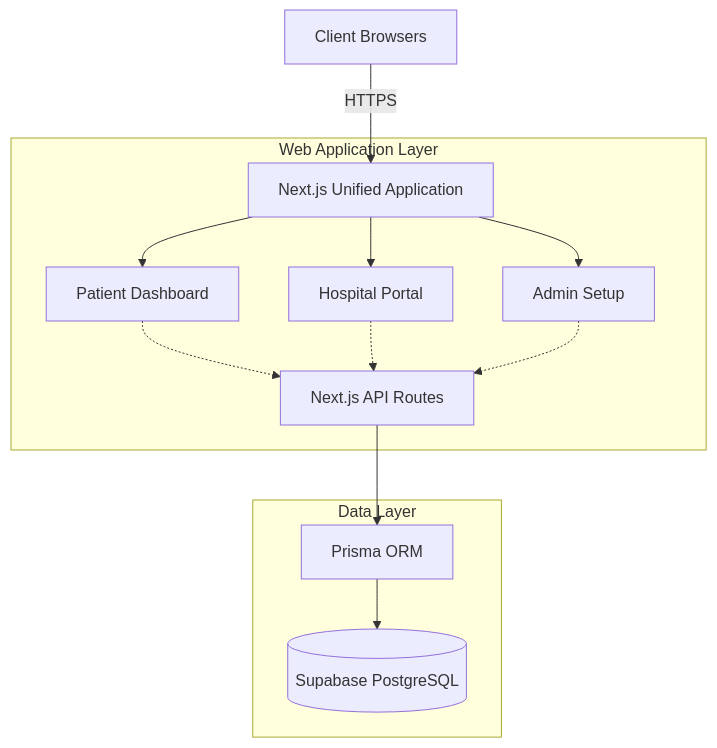
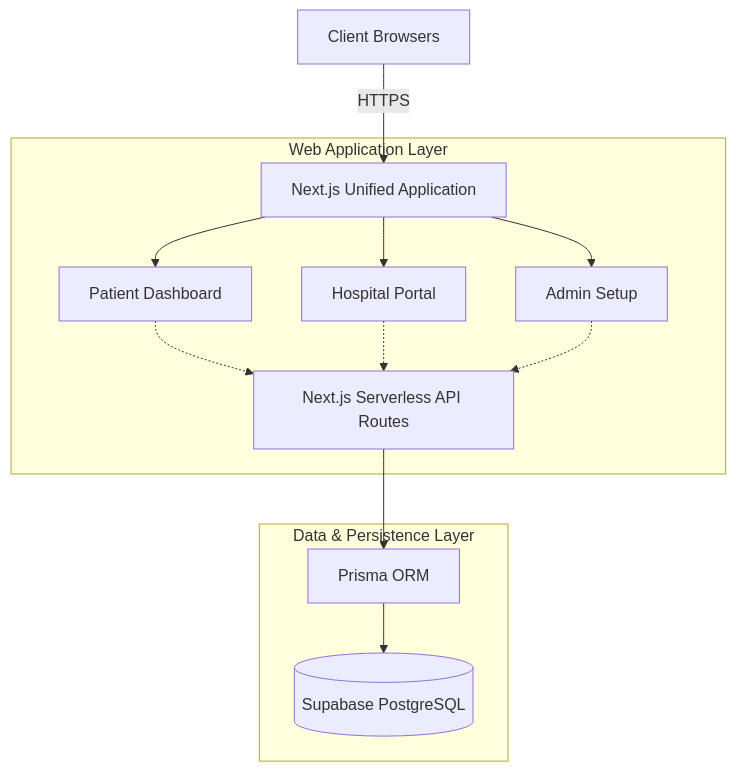
One commit to simply-mihir/ResQ changed the diagram in README.md. Above: the diagram before and after it, drawn with Mermaid. The commit also changed other lines of this file, not shown here.

Commit message:
docs: completely rewrite README with detailed workflow and architecture

````diff
--- a/README.md
+++ b/README.md
@@ -9,22 +36,22 @@
 ```mermaid
 graph TD
     Client[Client Browsers]
     NextApp[Next.js Unified Application]
     
     Client -->|HTTPS| NextApp
     
     subgraph Web Application Layer
         NextApp --> PatientPortal[Patient Dashboard]
         NextApp --> HospitalPortal[Hospital Portal]
         NextApp --> AdminPortal[Admin Setup]
         
-        PatientPortal -.-> API[Next.js API Routes]
+        PatientPortal -.-> API[Next.js Serverless API Routes]
         HospitalPortal -.-> API
         AdminPortal -.-> API
     end
     
-    subgraph Data Layer
+    subgraph Data & Persistence Layer
         API --> Prisma[Prisma ORM]
         Prisma --> DB[(Supabase PostgreSQL)]
     end
 ```
````
